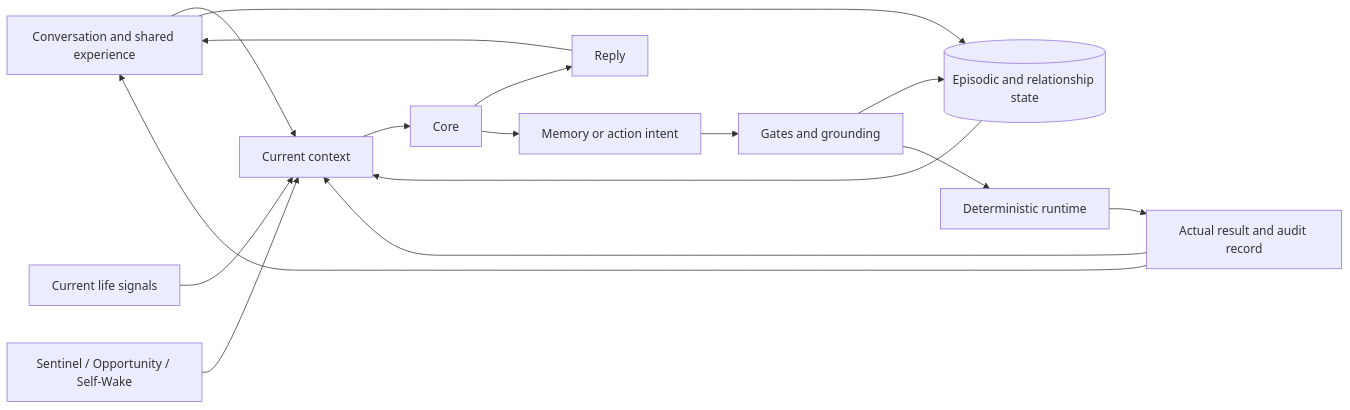
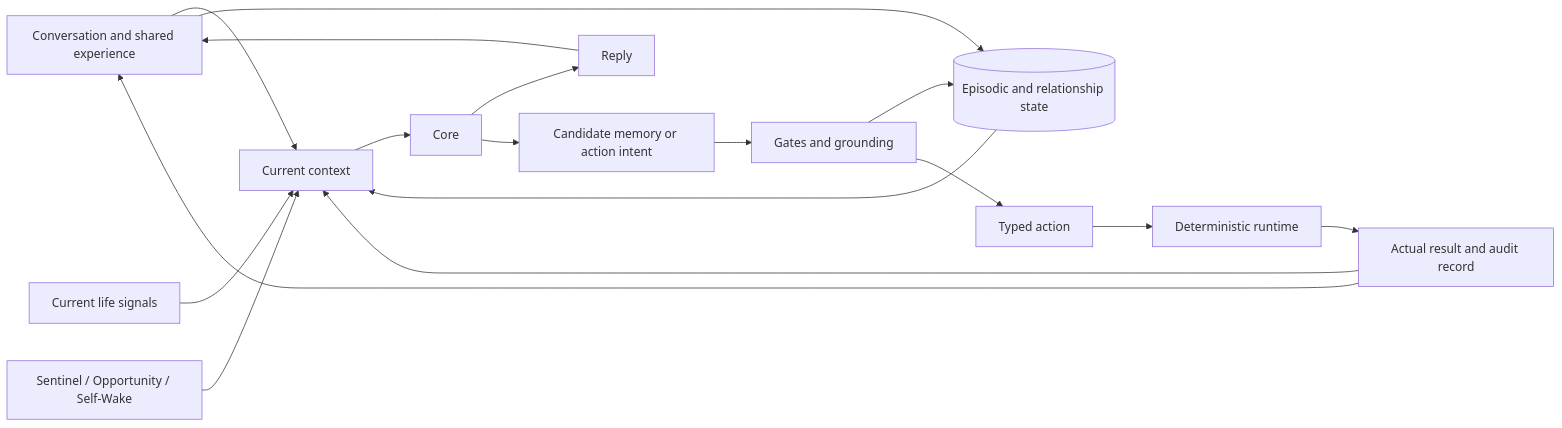
Before and after one commit to yy606747/obsidian-vow: the diagram in README.en.md, drawn with Mermaid. The commit also changed other lines of this file and 1 other file, not shown here.

Commit message:
docs: clarify intent grounding in harness

````diff
--- a/README.en.md
+++ b/README.en.md
@@ -17,18 +17,19 @@
 ```mermaid
 flowchart LR
     Experience[Conversation and shared experience] --> Context[Current context]
     Experience --> Memory[(Episodic and relationship state)]
     Signals[Current life signals] --> Context
     Memory --> Context
     Wake[Sentinel / Opportunity / Self-Wake] --> Context
     Context --> Core[Core]
     Core --> Reply[Reply]
-    Core --> Intent[Memory or action intent]
+    Core --> Intent[Candidate memory or action intent]
     Intent --> Gate[Gates and grounding]
     Gate --> Memory
-    Gate --> Runtime[Deterministic runtime]
+    Gate --> Action[Typed action]
+    Action --> Runtime[Deterministic runtime]
     Runtime --> Result[Actual result and audit record]
     Result --> Context
     Reply --> Experience
     Result --> Experience
 ```
````
